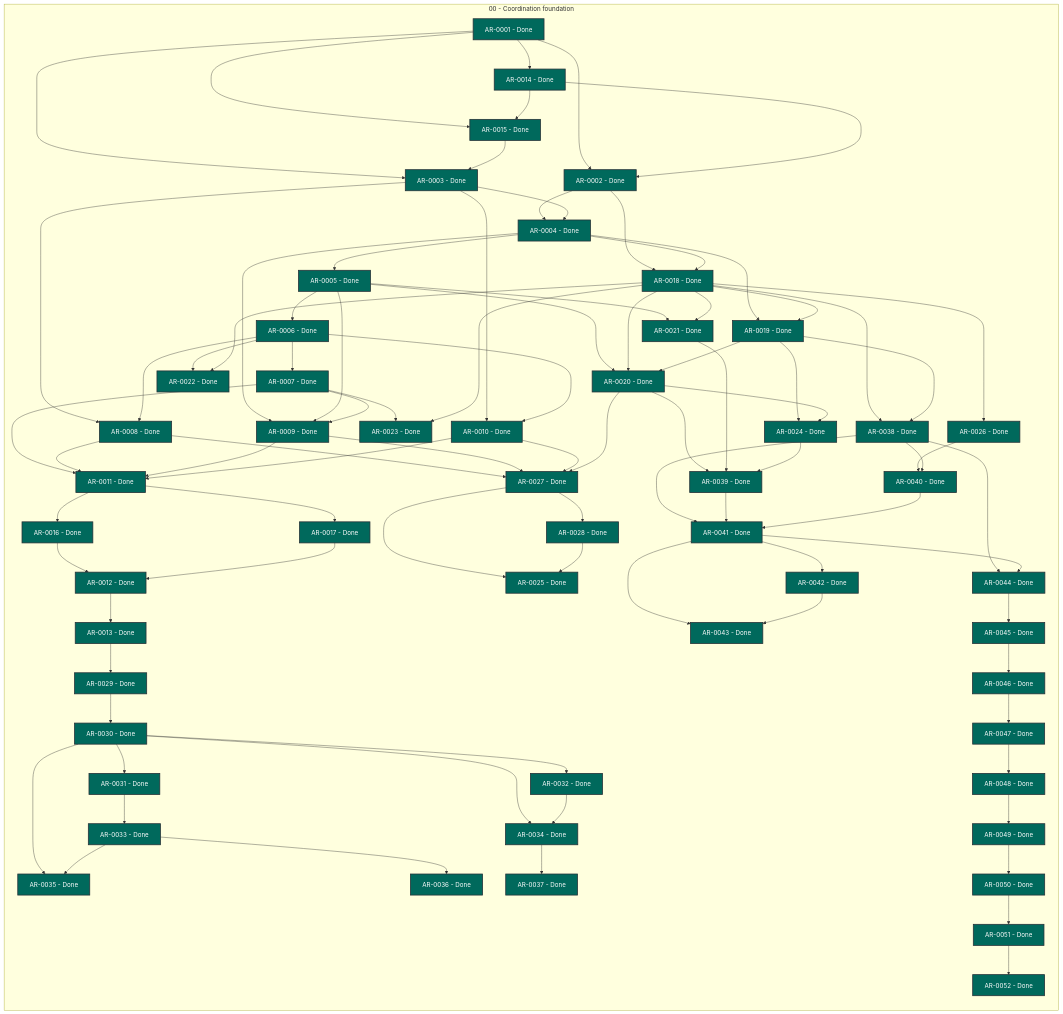
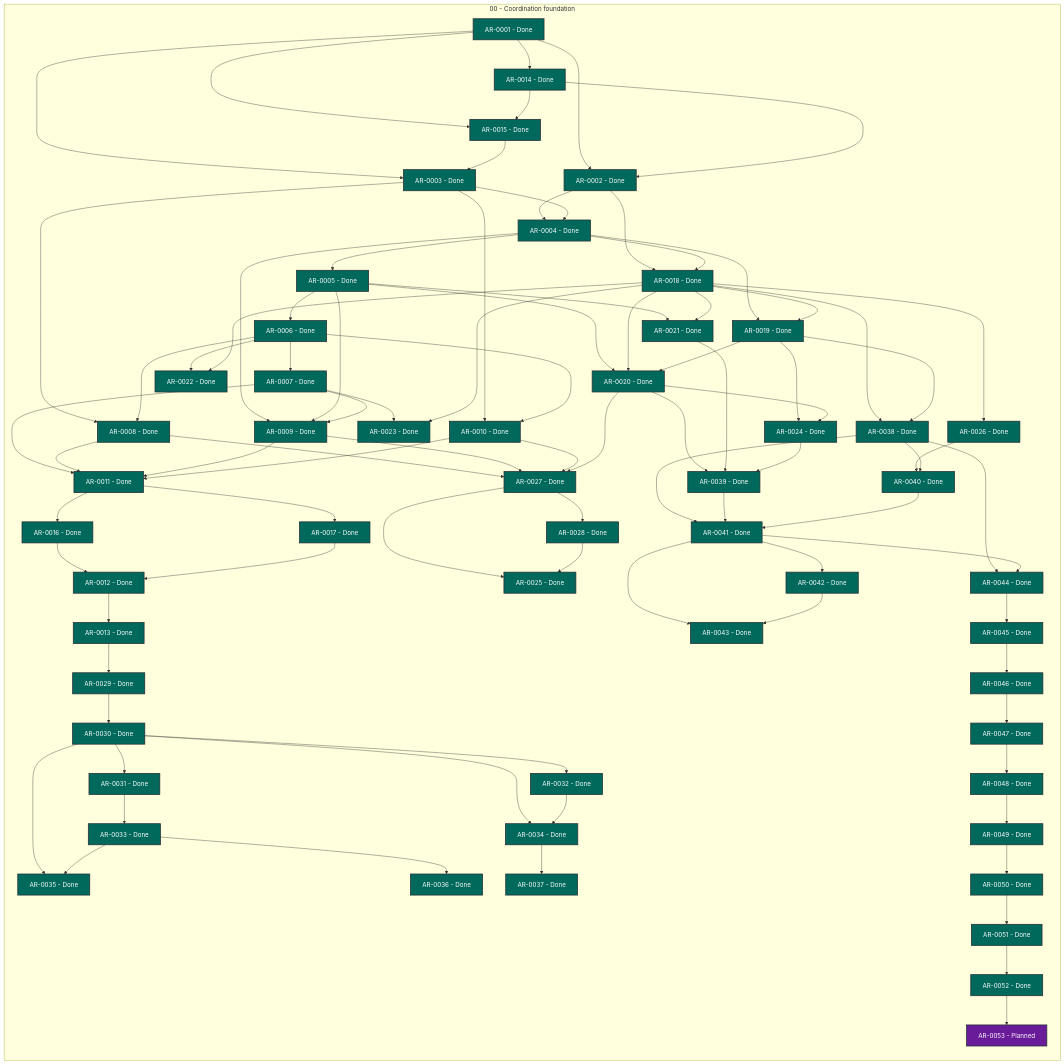
Before and after one commit to martin-beck/agent-workflow-tui-state: the diagram in STATUS.md, drawn with Mermaid. The commit also changed other lines of this file and 3 other files, not shown here.

```diff
--- a/STATUS.md
+++ b/STATUS.md
@@ -80,6 +80,7 @@
         AR_0050["AR-0050 - Done"]:::status_done
         AR_0051["AR-0051 - Done"]:::status_done
         AR_0052["AR-0052 - Done"]:::status_done
+        AR_0053["AR-0053 - Planned"]:::status_planned
     end
     AR_0001 --> AR_0002
     AR_0001 --> AR_0003
@@ -166,6 +167,7 @@
     AR_0049 --> AR_0050
     AR_0050 --> AR_0051
     AR_0051 --> AR_0052
+    AR_0052 --> AR_0053
     classDef status_in_progress fill:#1565c0,color:#ffffff,stroke:#263238,stroke-width:2px
     classDef status_open fill:#2e7d32,color:#ffffff,stroke:#263238,stroke-width:2px
     classDef status_blocked fill:#c62828,color:#ffffff,stroke:#263238,stroke-width:2px
```
